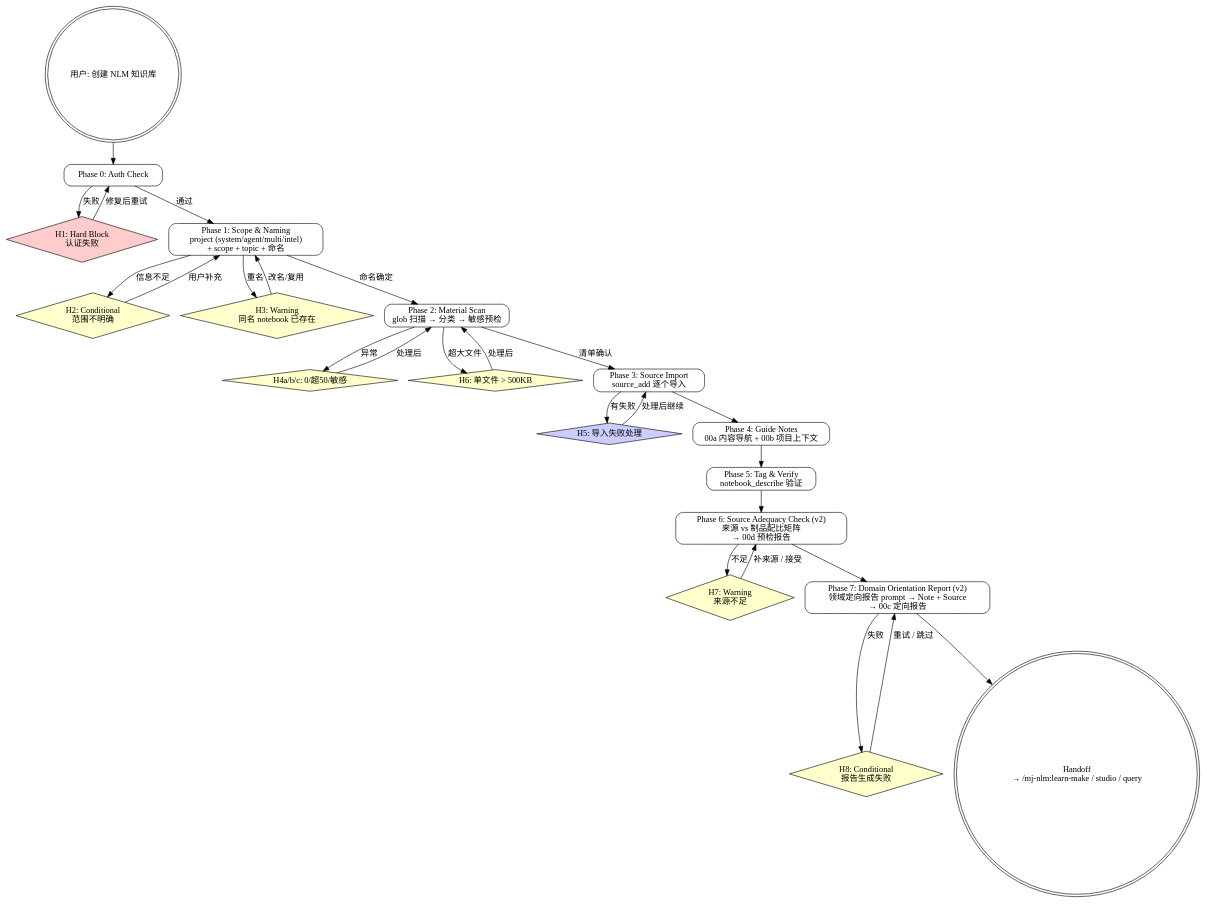
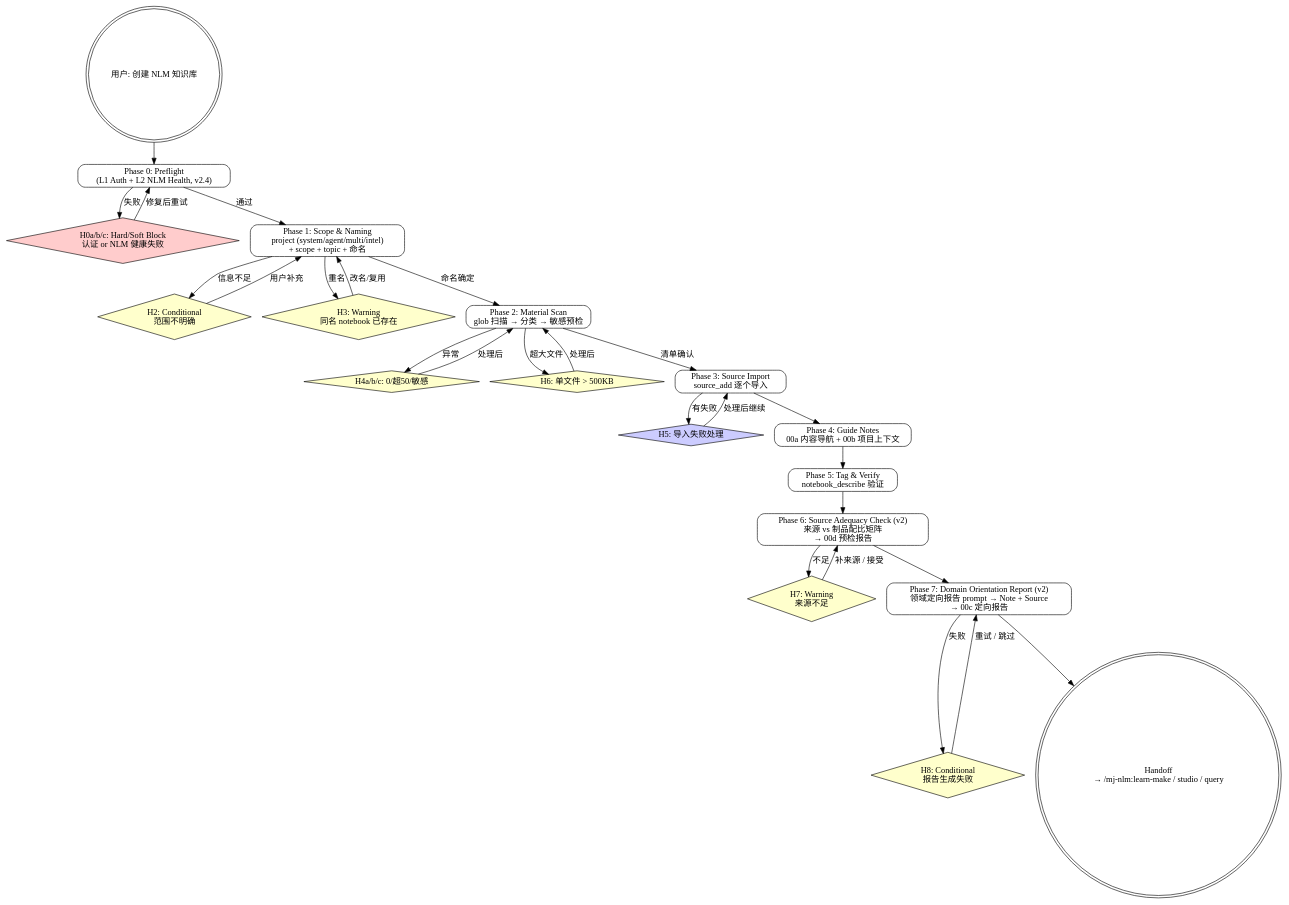
Before and after one commit to ranzuozhou/my-marketplace: the diagram in plugins/mj-nlm/skills/mj-nlm-build/SKILL.md, drawn with Graphviz. The commit also changed other lines of this file and 6 other files, not shown here.

First line of the commit message:
feat(mj-nlm): v2.4 — implement L1+L2 preflight in 6 skills Phase 0

````diff
--- a/plugins/mj-nlm/skills/mj-nlm-build/SKILL.md
+++ b/plugins/mj-nlm/skills/mj-nlm-build/SKILL.md
@@ -53,63 +53,63 @@
 ```dot
 digraph nlm_build {
     rankdir=TB;
     node [shape=box, style=rounded];
 
     start [label="用户: 创建 NLM 知识库", shape=doublecircle];
 
-    P0 [label="Phase 0: Auth Check"];
-    H1 [label="H1: Hard Block\n认证失败", shape=diamond, style=filled, fillcolor="#ffcccc"];
+    P0 [label="Phase 0: Preflight\n(L1 Auth + L2 NLM Health, v2.4)"];
+    H1 [label="H0a/b/c: Hard/Soft Block\n认证 or NLM 健康失败", shape=diamond, style=filled, fillcolor="#ffcccc"];
 
     P1 [label="Phase 1: Scope & Naming\nproject (system/agent/multi/intel)\n+ scope + topic + 命名"];
     H2 [label="H2: Conditional\n范围不明确", shape=diamond, style=filled, fillcolor="#ffffcc"];
     H3 [label="H3: Warning\n同名 notebook 已存在", shape=diamond, style=filled, fillcolor="#ffffcc"];
 
     P2 [label="Phase 2: Material Scan\nglob 扫描 → 分类 → 敏感预检"];
     H4abc [label="H4a/b/c: 0/超50/敏感", shape=diamond, style=filled, fillcolor="#ffffcc"];
     H6 [label="H6: 单文件 > 500KB", shape=diamond, style=filled, fillcolor="#ffffcc"];
 
     P3 [label="Phase 3: Source Import\nsource_add 逐个导入"];
     H5 [label="H5: 导入失败处理", shape=diamond, style=filled, fillcolor="#ccccff"];
 
     P4 [label="Phase 4: Guide Notes\n00a 内容导航 + 00b 项目上下文"];
 
     P5 [label="Phase 5: Tag & Verify\nnotebook_describe 验证"];
 
     P6 [label="Phase 6: Source Adequacy Check (v2)\n来源 vs 制品配比矩阵\n→ 00d 预检报告"];
     H7 [label="H7: Warning\n来源不足", shape=diamond, style=filled, fillcolor="#ffffcc"];
 
     P7 [label="Phase 7: Domain Orientation Report (v2)\n领域定向报告 prompt → Note + Source\n→ 00c 定向报告"];
     H8 [label="H8: Conditional\n报告生成失败", shape=diamond, style=filled, fillcolor="#ffffcc"];
 
     DONE [label="Handoff\n→ /mj-nlm:learn-make / studio / query", shape=doublecircle];
 
     start -> P0;
     P0 -> H1 [label="失败"];
     H1 -> P0 [label="修复后重试"];
     P0 -> P1 [label="通过"];
 
     P1 -> H2 [label="信息不足"];
     H2 -> P1 [label="用户补充"];
     P1 -> H3 [label="重名"];
     H3 -> P1 [label="改名/复用"];
     P1 -> P2 [label="命名确定"];
 
     P2 -> H4abc [label="异常"];
     P2 -> H6 [label="超大文件"];
     H4abc -> P2 [label="处理后"];
     H6 -> P2 [label="处理后"];
     P2 -> P3 [label="清单确认"];
 
     P3 -> H5 [label="有失败"];
     H5 -> P3 [label="处理后继续"];
     P3 -> P4;
     P4 -> P5;
     P5 -> P6;
     P6 -> H7 [label="不足"];
     H7 -> P6 [label="补来源 / 接受"];
     P6 -> P7;
     P7 -> H8 [label="失败"];
     H8 -> P7 [label="重试 / 跳过"];
     P7 -> DONE;
 }
 ```
````
